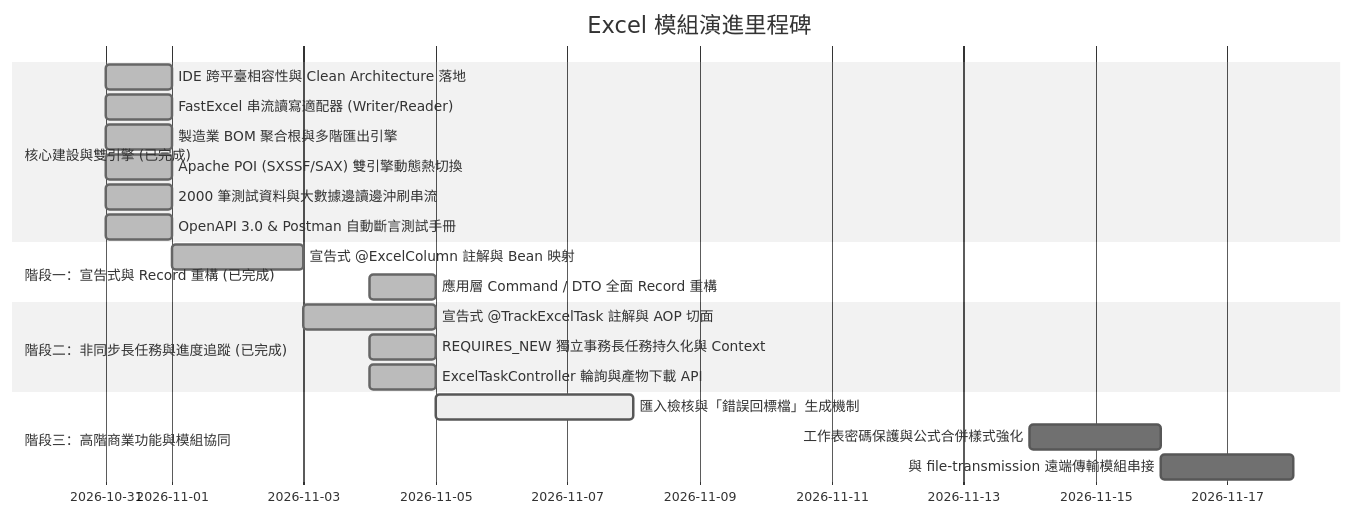
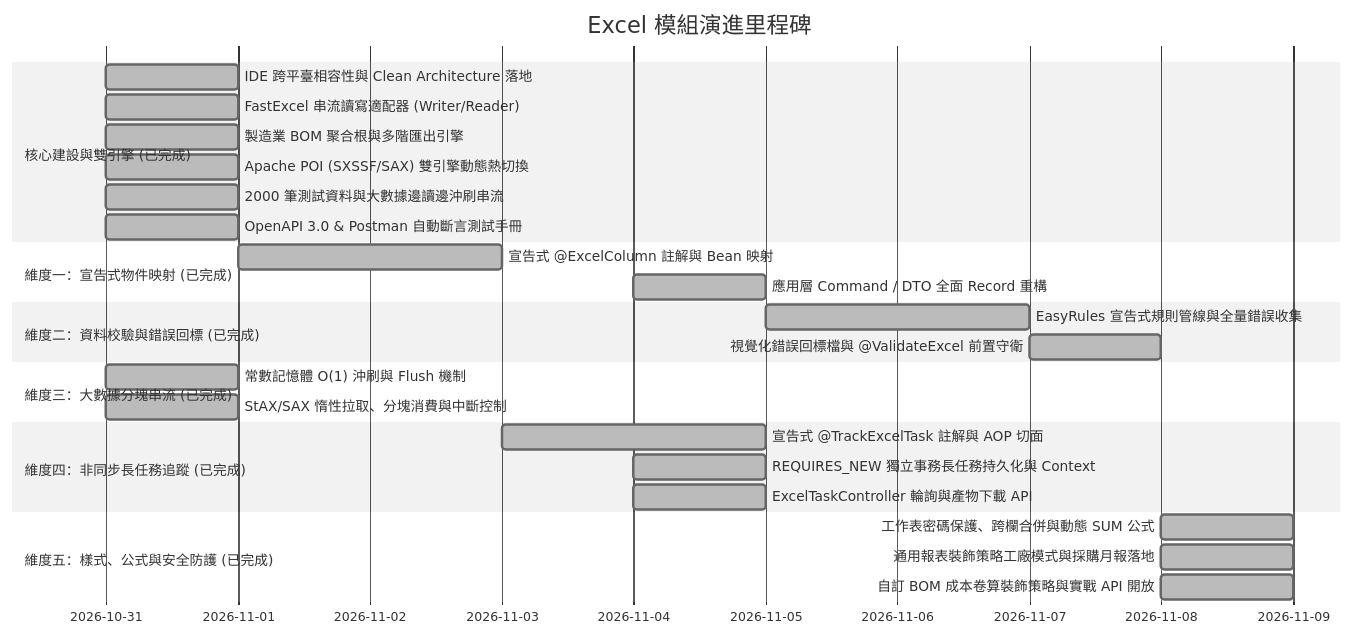
The second of 2 diagrams in README.md (nick54785478/excel-module), drawn with Mermaid (neutral theme) before and after one commit. The commit also changed other lines of this file and 93 other files, not shown here.

First line of the commit message:
feat(report): implement advanced Excel template styles, dynamic formulas, sheet protection and multi-level BOM cost analysis API

````diff
--- a/README.md
+++ b/README.md
@@ -356,26 +417,34 @@
 ```mermaid
 gantt
     title Excel 模組演進里程碑
     dateFormat  YYYY-MM-DD
     section 核心建設與雙引擎 (已完成)
     IDE 跨平臺相容性與 Clean Architecture 落地  :done, 2026-10-31, 1d
     FastExcel 串流讀寫適配器 (Writer/Reader)     :done, 2026-10-31, 1d
     製造業 BOM 聚合根與多階匯出引擎             :done, 2026-10-31, 1d
     Apache POI (SXSSF/SAX) 雙引擎動態熱切換     :done, 2026-10-31, 1d
     2000 筆測試資料與大數據邊讀邊沖刷串流       :done, 2026-10-31, 1d
     OpenAPI 3.0 & Postman 自動斷言測試手冊     :done, 2026-10-31, 1d
     
-    section 階段一：宣告式與 Record 重構 (已完成)
+    section 維度一：宣告式物件映射 (已完成)
     宣告式 @ExcelColumn 註解與 Bean 映射       :done, 2026-11-01, 2d
     應用層 Command / DTO 全面 Record 重構       :done, 2026-11-04, 1d
     
-    section 階段二：非同步長任務與進度追蹤 (已完成)
+    section 維度二：資料校驗與錯誤回標 (已完成)
+    EasyRules 宣告式規則管線與全量錯誤收集       :done, 2026-11-05, 2d
+    視覺化錯誤回標檔與 @ValidateExcel 前置守衛  :done, 2026-11-07, 1d
+
+    section 維度三：大數據分塊串流 (已完成)
+    常數記憶體 O(1) 沖刷與 Flush 機制          :done, 2026-10-31, 1d
+    StAX/SAX 惰性拉取、分塊消費與中斷控制       :done, 2026-10-31, 1d
+
+    section 維度四：非同步長任務追蹤 (已完成)
     宣告式 @TrackExcelTask 註解與 AOP 切面      :done, 2026-11-03, 2d
     REQUIRES_NEW 獨立事務長任務持久化與 Context  :done, 2026-11-04, 1d
     ExcelTaskController 輪詢與產物下載 API      :done, 2026-11-04, 1d
     
-    section 階段三：高階商業功能與模組協同
-    匯入檢核與「錯誤回標檔」生成機制             :active, 2026-11-05, 3d
-    工作表密碼保護與公式合併樣式強化             :2026-11-14, 2d
-    與 file-transmission 遠端傳輸模組串接      :2026-11-16, 2d
+    section 維度五：樣式、公式與安全防護 (已完成)
+    工作表密碼保護、跨欄合併與動態 SUM 公式     :done, 2026-11-08, 1d
+    通用報表裝飾策略工廠模式與採購月報落地      :done, 2026-11-08, 1d
+    自訂 BOM 成本卷算裝飾策略與實戰 API 開放    :done, 2026-11-08, 1d
 ```
````
